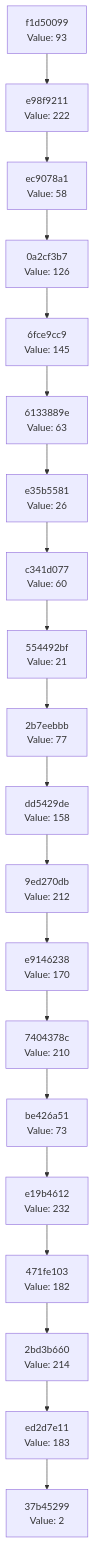
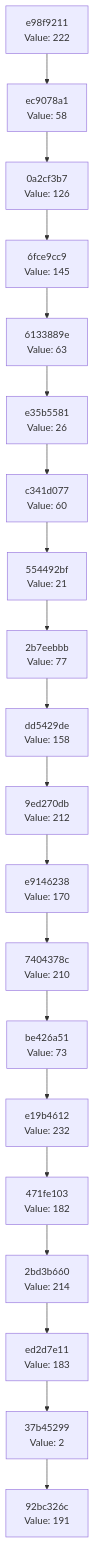
Before and after one commit to Abhisheksinha1506/hash-chain-evolver: the diagram in docs/CHAIN_VISUALIZATION.md, drawn with Mermaid. The commit also changed 1 other file, not shown here.

Commit message:
Evolution step: hash 0xBF → action executed

````diff
--- a/docs/CHAIN_VISUALIZATION.md
+++ b/docs/CHAIN_VISUALIZATION.md
@@ -3,42 +3,42 @@
 ```mermaid
 graph TD
-    C0["37b45299<br/>Value: 2"]
-    C1["ed2d7e11<br/>Value: 183"]
+    C0["92bc326c<br/>Value: 191"]
+    C1["37b45299<br/>Value: 2"]
     C1 --> C0
-    C2["2bd3b660<br/>Value: 214"]
+    C2["ed2d7e11<br/>Value: 183"]
     C2 --> C1
-    C3["471fe103<br/>Value: 182"]
+    C3["2bd3b660<br/>Value: 214"]
     C3 --> C2
-    C4["e19b4612<br/>Value: 232"]
+    C4["471fe103<br/>Value: 182"]
     C4 --> C3
-    C5["be426a51<br/>Value: 73"]
+    C5["e19b4612<br/>Value: 232"]
     C5 --> C4
-    C6["7404378c<br/>Value: 210"]
+    C6["be426a51<br/>Value: 73"]
     C6 --> C5
-    C7["e9146238<br/>Value: 170"]
+    C7["7404378c<br/>Value: 210"]
     C7 --> C6
-    C8["9ed270db<br/>Value: 212"]
+    C8["e9146238<br/>Value: 170"]
     C8 --> C7
-    C9["dd5429de<br/>Value: 158"]
+    C9["9ed270db<br/>Value: 212"]
     C9 --> C8
-    C10["2b7eebbb<br/>Value: 77"]
+    C10["dd5429de<br/>Value: 158"]
     C10 --> C9
-    C11["554492bf<br/>Value: 21"]
+    C11["2b7eebbb<br/>Value: 77"]
     C11 --> C10
-    C12["c341d077<br/>Value: 60"]
+    C12["554492bf<br/>Value: 21"]
     C12 --> C11
-    C13["e35b5581<br/>Value: 26"]
+    C13["c341d077<br/>Value: 60"]
     C13 --> C12
-    C14["6133889e<br/>Value: 63"]
+    C14["e35b5581<br/>Value: 26"]
     C14 --> C13
-    C15["6fce9cc9<br/>Value: 145"]
+    C15["6133889e<br/>Value: 63"]
     C15 --> C14
-    C16["0a2cf3b7<br/>Value: 126"]
+    C16["6fce9cc9<br/>Value: 145"]
     C16 --> C15
-    C17["ec9078a1<br/>Value: 58"]
+    C17["0a2cf3b7<br/>Value: 126"]
     C17 --> C16
-    C18["e98f9211<br/>Value: 222"]
+    C18["ec9078a1<br/>Value: 58"]
     C18 --> C17
-    C19["f1d50099<br/>Value: 93"]
+    C19["e98f9211<br/>Value: 222"]
     C19 --> C18
 ```
````
